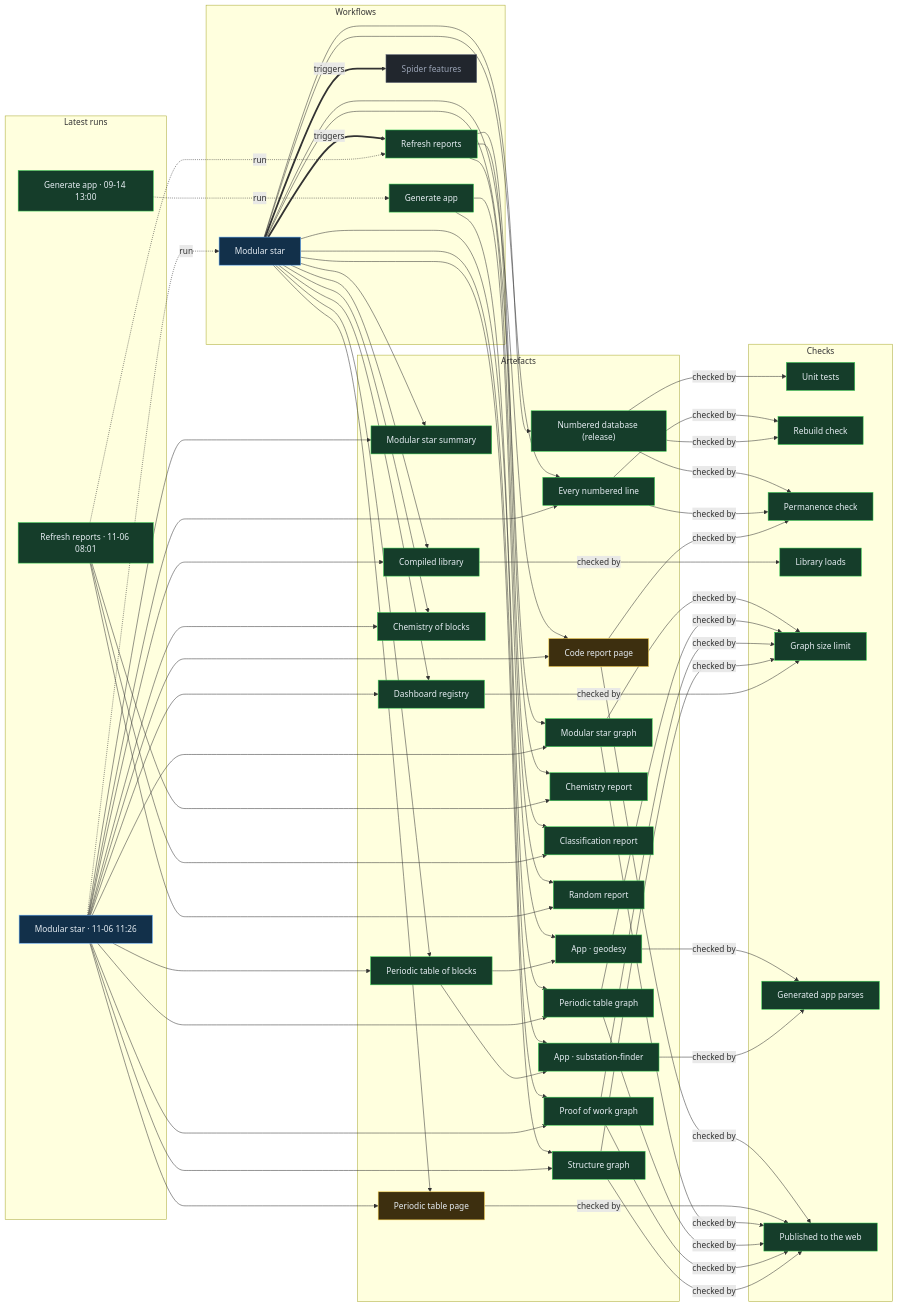
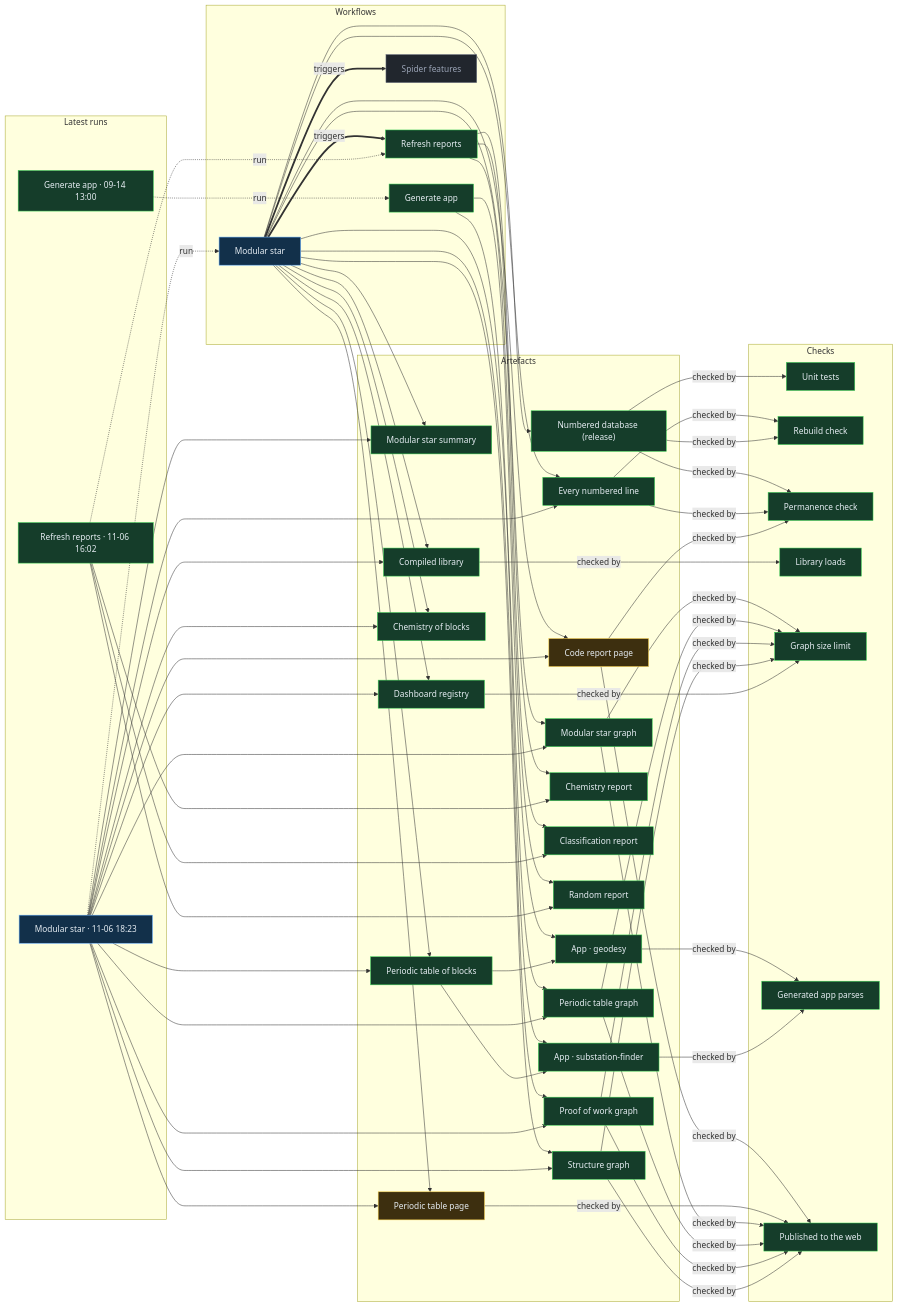
The diagram in proof/PROOF.md (Ventusltd/stars), drawn with Mermaid before and after one commit. The commit also changed other lines of this file and 33 other files, not shown here.

Commit message:
Modular star 2026-11-06T18:26Z

```diff
--- a/proof/PROOF.md
+++ b/proof/PROOF.md
@@ -24,8 +24,8 @@
   n_wf_spider_features["Spider features"]:::off
   end
   subgraph g_runs["Latest runs"]
-  n_run_42210238053["Modular star · 11-06 11:26"]:::live
-  n_run_42184789906["Refresh reports · 11-06 08:01"]:::ok
+  n_run_42270207596["Modular star · 11-06 18:23"]:::live
+  n_run_42248562713["Refresh reports · 11-06 16:02"]:::ok
   n_run_34846587798["Generate app · 09-14 13:00"]:::ok
   end
   subgraph g_artefacts["Artefacts"]
@@ -59,39 +59,39 @@
   end
   n_wf_modular_star == triggers ==> n_wf_refresh
   n_wf_modular_star == triggers ==> n_wf_spider_features
-  n_run_42210238053 -. run .-> n_wf_modular_star
-  n_run_42184789906 -. run .-> n_wf_refresh
+  n_run_42270207596 -. run .-> n_wf_modular_star
+  n_run_42248562713 -. run .-> n_wf_refresh
   n_run_34846587798 -. run .-> n_wf_generate
   n_wf_modular_star --> n_art_summary
-  n_run_42210238053 --> n_art_summary
+  n_run_42270207596 --> n_art_summary
   n_wf_modular_star --> n_art_lines
-  n_run_42210238053 --> n_art_lines
+  n_run_42270207596 --> n_art_lines
   n_wf_modular_star --> n_art_code
-  n_run_42210238053 --> n_art_code
+  n_run_42270207596 --> n_art_code
   n_wf_modular_star --> n_art_modular_graph
-  n_run_42210238053 --> n_art_modular_graph
+  n_run_42270207596 --> n_art_modular_graph
   n_wf_modular_star --> n_art_blocks
-  n_run_42210238053 --> n_art_blocks
+  n_run_42270207596 --> n_art_blocks
   n_wf_modular_star --> n_art_table
-  n_run_42210238053 --> n_art_table
+  n_run_42270207596 --> n_art_table
   n_wf_modular_star --> n_art_blocks_graph
-  n_run_42210238053 --> n_art_blocks_graph
+  n_run_42270207596 --> n_art_blocks_graph
   n_wf_modular_star --> n_art_reactions
-  n_run_42210238053 --> n_art_reactions
+  n_run_42270207596 --> n_art_reactions
   n_wf_modular_star --> n_art_library
-  n_run_42210238053 --> n_art_library
+  n_run_42270207596 --> n_art_library
   n_wf_modular_star --> n_art_features
-  n_run_42210238053 --> n_art_features
+  n_run_42270207596 --> n_art_features
   n_wf_modular_star --> n_art_proof
-  n_run_42210238053 --> n_art_proof
+  n_run_42270207596 --> n_art_proof
   n_wf_modular_star --> n_art_structure
-  n_run_42210238053 --> n_art_structure
+  n_run_42270207596 --> n_art_structure
   n_wf_refresh --> n_art_chemistry
-  n_run_42184789906 --> n_art_chemistry
+  n_run_42248562713 --> n_art_chemistry
   n_wf_refresh --> n_art_vedic
-  n_run_42184789906 --> n_art_vedic
+  n_run_42248562713 --> n_art_vedic
   n_wf_refresh --> n_art_random
-  n_run_42184789906 --> n_art_random
+  n_run_42248562713 --> n_art_random
   n_wf_modular_star --> n_art_release
   n_wf_generate --> n_app_geodesy
   n_art_blocks --> n_app_geodesy
```
